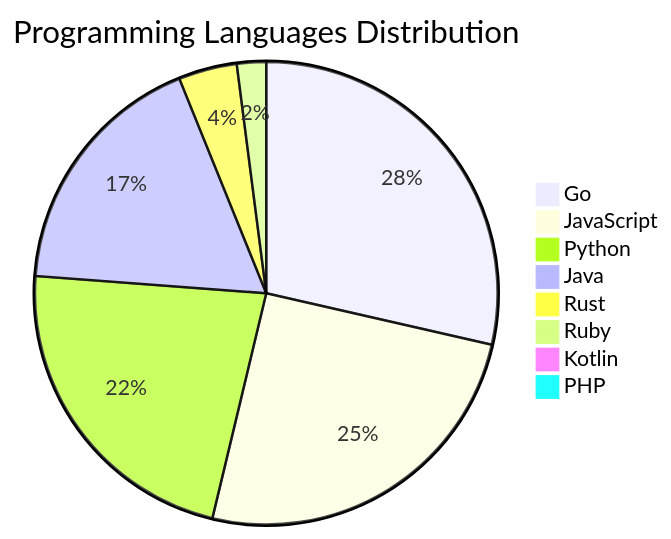
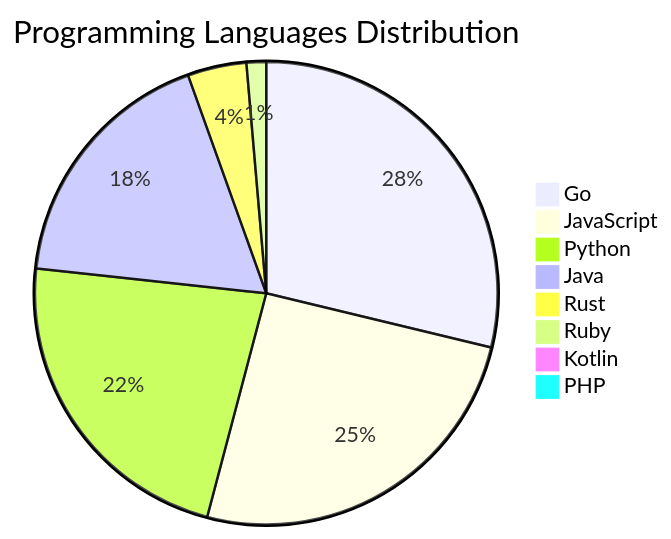
One commit to Derrick-MUGISHA/github-activity-bot changed the diagram in README.md. Above: the diagram before and after it, drawn with Mermaid. The commit also changed other lines of this file and 4 other files, not shown here.

````diff
--- a/README.md
+++ b/README.md
@@ -209,11 +209,11 @@
 ```mermaid
 pie title Programming Languages Distribution
     "Go" : 42
     "JavaScript" : 37
     "Python" : 33
     "Java" : 26
     "Rust" : 6
-    "Ruby" : 3
+    "Ruby" : 2
     "Kotlin" : 1
     "PHP" : 1
 ```
````
